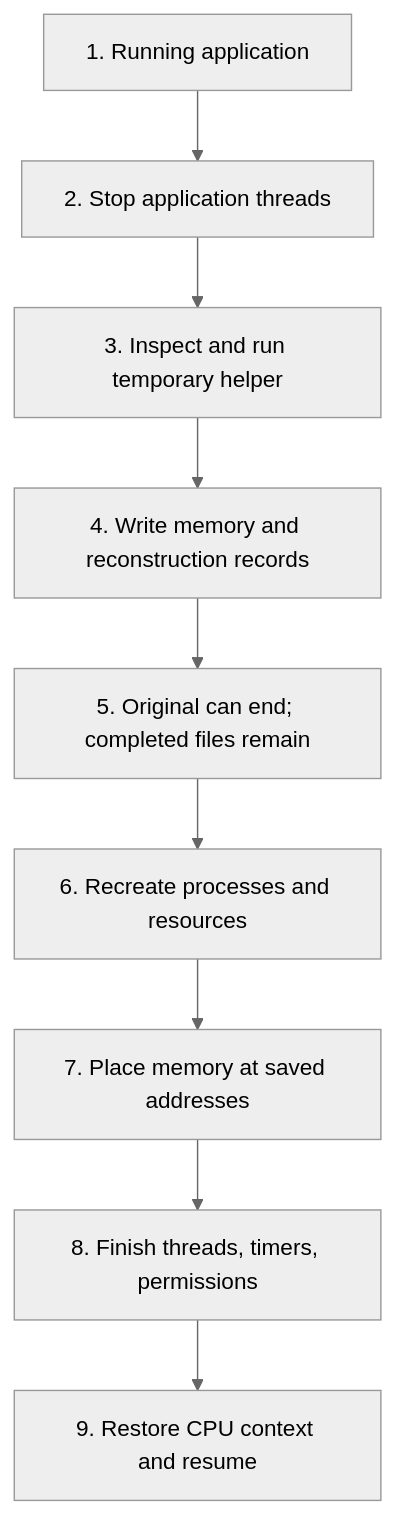
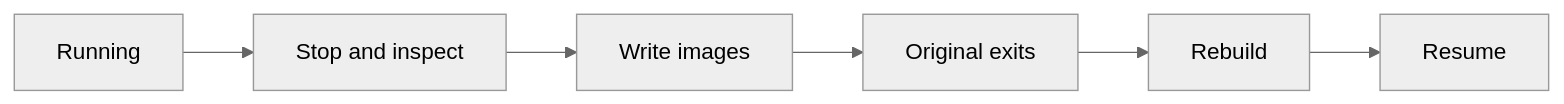
The second of 2 diagrams in docs/01-cpu-checkpointing.md (Akash-Suryawanshi/gpu-checkpointing), drawn with Mermaid (neutral theme) before and after one commit. The commit also changed other lines of this file and 2 other files, not shown here.

Commit message:
docs: shorten CPU GPU lessons and interactive walkthrough

````diff
--- a/docs/01-cpu-checkpointing.md
+++ b/docs/01-cpu-checkpointing.md
@@ -42,11 +54,5 @@
 ```mermaid
-flowchart TD
-    A["1. Running application"] --> B["2. Stop application threads"]
-    B --> C["3. Inspect and run temporary helper"]
-    C --> D["4. Write memory and reconstruction records"]
-    D --> E["5. Original can end; completed files remain"]
-    E --> F["6. Recreate processes and resources"]
-    F --> G["7. Place memory at saved addresses"]
-    G --> H["8. Finish threads, timers, permissions"]
-    H --> I["9. Restore CPU context and resume"]
+flowchart LR
+    A["Running"] --> B["Stop and inspect"] --> C["Write images"]
+    C --> D["Original exits"] --> E["Rebuild"] --> F["Resume"]
 ```
````
